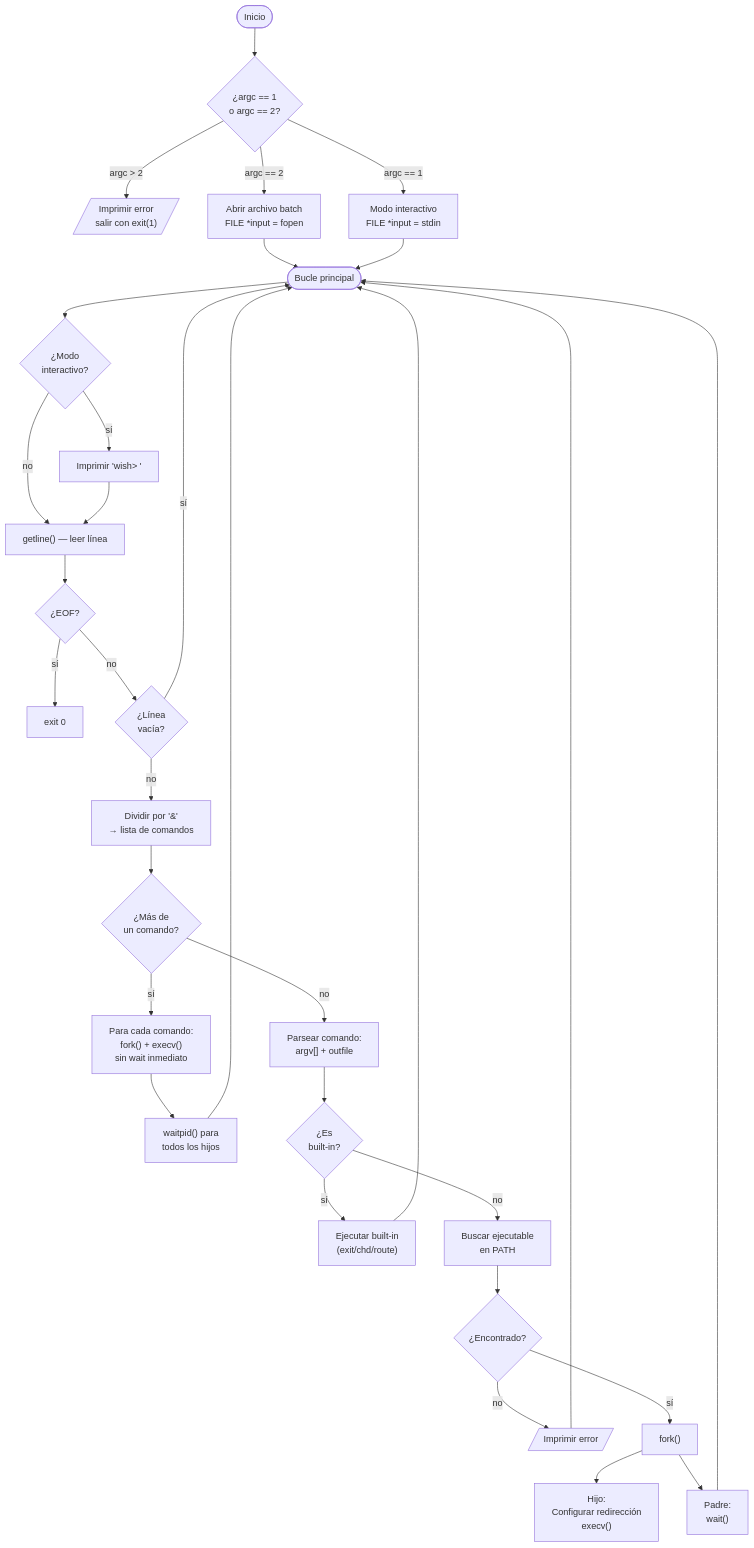
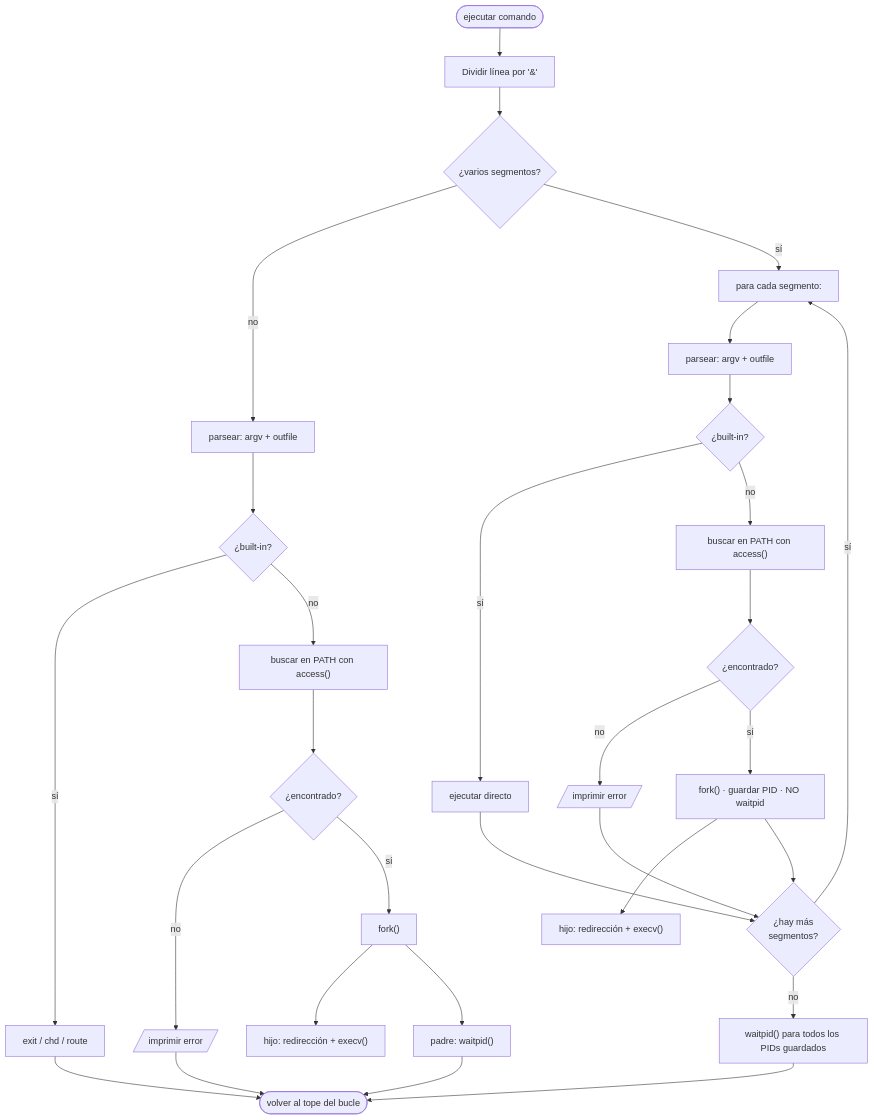
Before and after one commit to Mista299/lab2-wish-shell: the second of 6 diagrams in README.md, drawn with Mermaid. The commit also changed other lines of this file and 15 other files, not shown here.

````diff
--- a/README.md
+++ b/README.md
@@ -122,38 +153,34 @@
 ```mermaid
 flowchart TD
-    A([Inicio]) --> B{"¿argc == 1<br/>o argc == 2?"}
-    B -- "argc > 2" --> ERR1[/"Imprimir error<br/>salir con exit(1)"/]
-    B -- "argc == 2" --> BATCH["Abrir archivo batch<br/>FILE *input = fopen"]
-    B -- "argc == 1" --> INTER["Modo interactivo<br/>FILE *input = stdin"]
-    BATCH --> LOOP
-    INTER --> LOOP
+    CMD(["ejecutar comando"]) --> SPLIT["Dividir línea por '&'"]
+    SPLIT --> PAR{"¿varios segmentos?"}
 
-    LOOP([Bucle principal]) --> PROMPT{"¿Modo<br/>interactivo?"}
-    PROMPT -- sí --> PRINT["Imprimir 'wish> '"]
-    PROMPT -- no --> READ
-    PRINT --> READ
+    PAR -- no --> PARSE["parsear: argv + outfile"]
+    PARSE --> BI{"¿built-in?"}
+    BI -- sí --> EXECBI["exit / chd / route"]
+    EXECBI --> FIN(["volver al tope del bucle"])
+    BI -- no --> FIND["buscar en PATH con access()"]
+    FIND --> FOUND{"¿encontrado?"}
+    FOUND -- no --> ERR[/"imprimir error"/]
+    ERR --> FIN
+    FOUND -- sí --> FORK["fork()"]
+    FORK --> HIJO["hijo: redirección + execv()"]
+    FORK --> PADRE["padre: waitpid()"]
+    PADRE --> FIN
 
-    READ["getline() — leer línea"] --> EOF{¿EOF?}
-    EOF -- sí --> EXIT0[exit 0]
-    EOF -- no --> EMPTY{"¿Línea<br/>vacía?"}
-    EMPTY -- sí --> LOOP
-    EMPTY -- no --> SPLIT["Dividir por '&'<br/>→ lista de comandos"]
-
-    SPLIT --> PAR{"¿Más de<br/>un comando?"}
-    PAR -- sí --> PFORK["Para cada comando:<br/>fork() + execv()<br/>sin wait inmediato"]
-    PFORK --> WAITALL["waitpid() para<br/>todos los hijos"]
-    WAITALL --> LOOP
-
-    PAR -- no --> PARSE["Parsear comando:<br/>argv[] + outfile"]
-    PARSE --> BUILTIN{"¿Es<br/>built-in?"}
-    BUILTIN -- sí --> EXECBI["Ejecutar built-in<br/>(exit/chd/route)"]
-    EXECBI --> LOOP
-    BUILTIN -- no --> FIND["Buscar ejecutable<br/>en PATH"]
-    FIND --> FOUND{¿Encontrado?}
-    FOUND -- no --> ERR2[/"Imprimir error"/]
-    ERR2 --> LOOP
-    FOUND -- sí --> FORK["fork()"]
-    FORK --> HIJO["Hijo:<br/>Configurar redirección<br/>execv()"]
-    FORK --> PADRE["Padre:<br/>wait()"]
-    PADRE --> LOOP
+    PAR -- sí --> LOOP_PAR["para cada segmento:"]
+    LOOP_PAR --> PPARSE["parsear: argv + outfile"]
+    PPARSE --> PBI{"¿built-in?"}
+    PBI -- sí --> PEXECBI["ejecutar directo"]
+    PBI -- no --> PFIND["buscar en PATH con access()"]
+    PFIND --> PFOUND{"¿encontrado?"}
+    PFOUND -- no --> PERR[/"imprimir error"/]
+    PFOUND -- sí --> PFORK["fork() · guardar PID · NO waitpid"]
+    PFORK --> PHIJO["hijo: redirección + execv()"]
+    PEXECBI --> PNEXT{"¿hay más\nsegmentos?"}
+    PERR --> PNEXT
+    PFORK --> PNEXT
+    PNEXT -- sí --> LOOP_PAR
+    PNEXT -- no --> WALL["waitpid() para todos los PIDs guardados"]
+    WALL --> FIN
 ```
````
